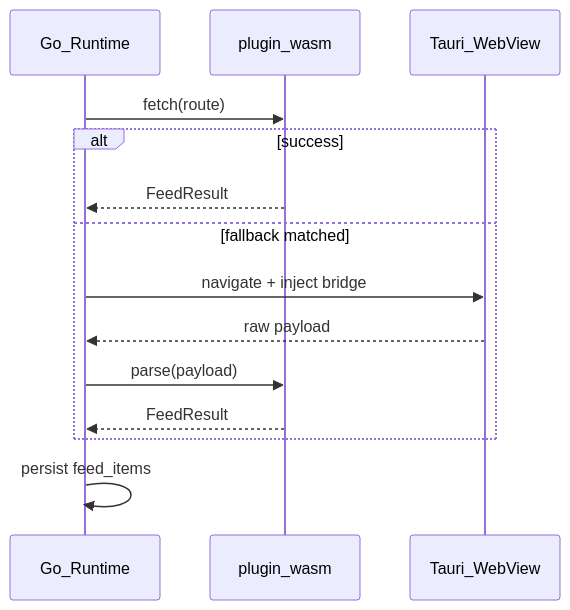
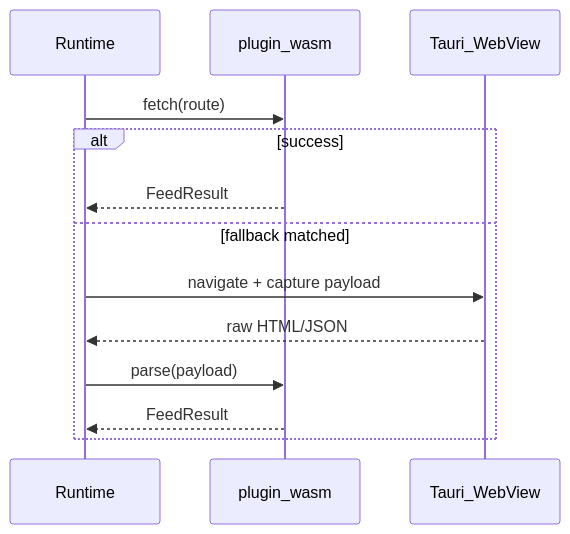
Before and after one commit to benson-singapore/orbit-sources: the second of 2 diagrams in schemas/browser-preview.md, drawn with Mermaid. The commit also changed other lines of this file and 5 other files, not shown here.

````diff
--- a/schemas/browser-preview.md
+++ b/schemas/browser-preview.md
@@ -29,17 +204,16 @@
 ```mermaid
 sequenceDiagram
-  participant RT as Go_Runtime
+  participant RT as Runtime
   participant WASM as plugin_wasm
   participant WV as Tauri_WebView
 
   RT->>WASM: fetch(route)
   alt success
     WASM-->>RT: FeedResult
   else fallback matched
-    RT->>WV: navigate + inject bridge
-    WV-->>RT: raw payload
+    RT->>WV: navigate + capture payload
+    WV-->>RT: raw HTML/JSON
     RT->>WASM: parse(payload)
     WASM-->>RT: FeedResult
   end
-  RT->>RT: persist feed_items
 ```
````
